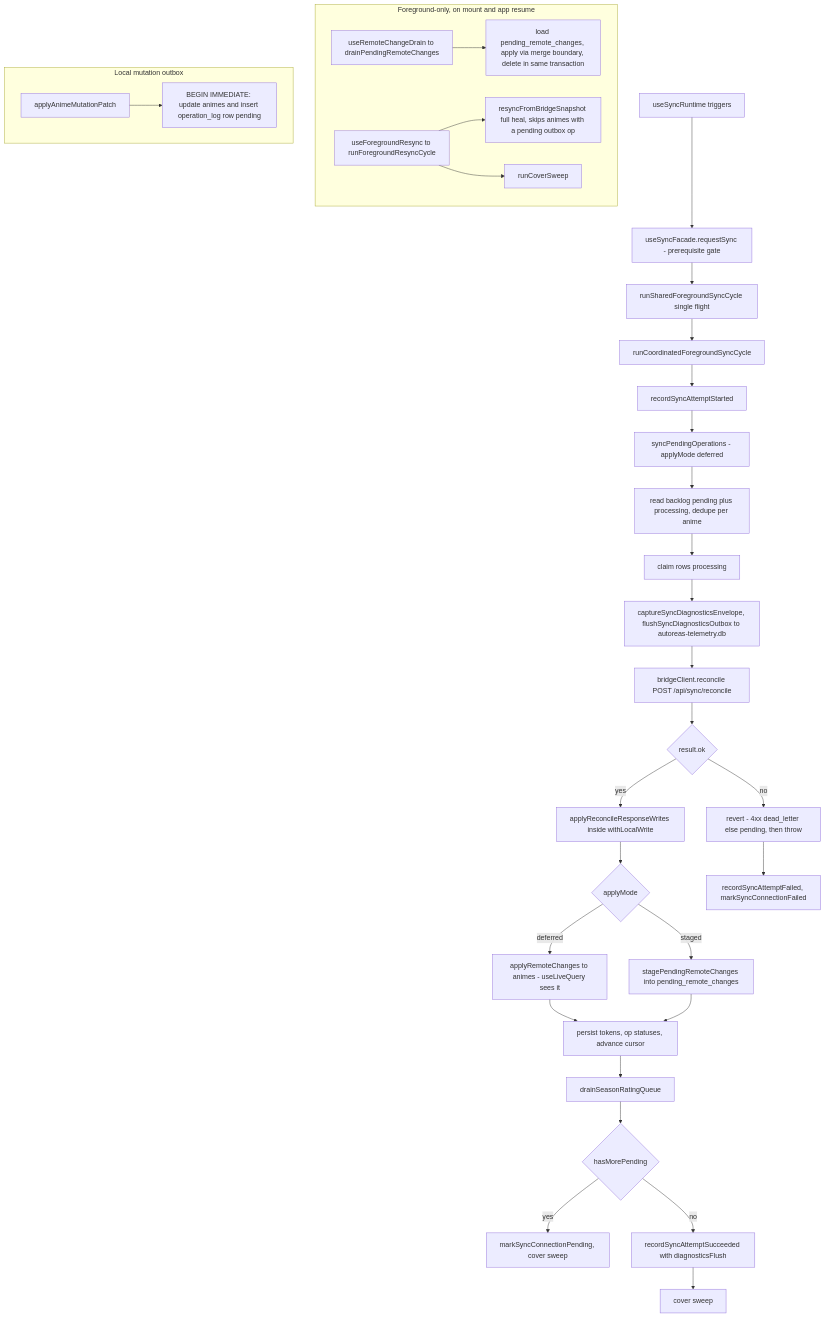
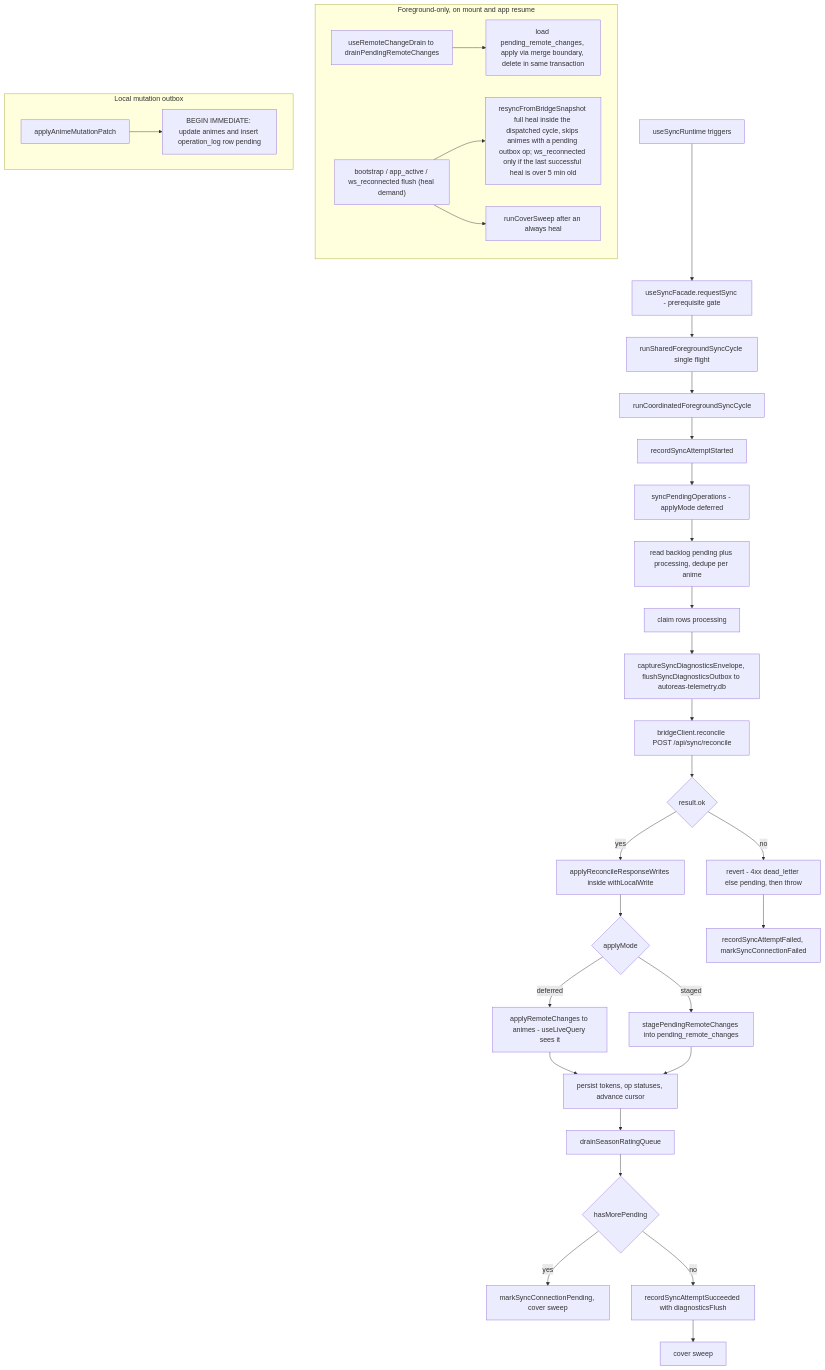
The fifth of 5 diagrams in docs/mobile-sync-engine-workflow.md (Disble/autoreas-mobile), drawn with Mermaid before and after one commit. The commit also changed 27 other files, not shown here.

````diff
--- a/docs/mobile-sync-engine-workflow.md
+++ b/docs/mobile-sync-engine-workflow.md
@@ -338,34 +338,34 @@
 ```mermaid
 flowchart TD
   A["useSyncRuntime triggers"] --> B["useSyncFacade.requestSync - prerequisite gate"]
   B --> C["runSharedForegroundSyncCycle single flight"]
   C --> D["runCoordinatedForegroundSyncCycle"]
   D --> D1["recordSyncAttemptStarted"]
   D1 --> E["syncPendingOperations - applyMode deferred"]
   E --> E1["read backlog pending plus processing, dedupe per anime"]
   E1 --> E2["claim rows processing"]
   E2 --> E3["captureSyncDiagnosticsEnvelope, flushSyncDiagnosticsOutbox to autoreas-telemetry.db"]
   E3 --> E4["bridgeClient.reconcile POST /api/sync/reconcile"]
   E4 --> E5{"result.ok"}
   E5 -->|no| E6["revert - 4xx dead_letter else pending, then throw"]
   E5 -->|yes| F["applyReconcileResponseWrites inside withLocalWrite"]
   F --> F1{"applyMode"}
   F1 -->|deferred| F2["applyRemoteChanges to animes - useLiveQuery sees it"]
   F1 -->|staged| F3["stagePendingRemoteChanges into pending_remote_changes"]
   F2 --> F4["persist tokens, op statuses, advance cursor"]
   F3 --> F4
   F4 --> G["drainSeasonRatingQueue"]
   G --> H{"hasMorePending"}
   H -->|yes| H1["markSyncConnectionPending, cover sweep"]
   H -->|no| I["recordSyncAttemptSucceeded with diagnosticsFlush"]
   I --> J["cover sweep"]
   E6 --> K["recordSyncAttemptFailed, markSyncConnectionFailed"]
   subgraph FG["Foreground-only, on mount and app resume"]
     R1["useRemoteChangeDrain to drainPendingRemoteChanges"] --> R2["load pending_remote_changes, apply via merge boundary, delete in same transaction"]
-    R3["useForegroundResync to runForegroundResyncCycle"] --> R4["resyncFromBridgeSnapshot full heal, skips animes with a pending outbox op"]
-    R3 --> R5["runCoverSweep"]
+    R3["bootstrap / app_active / ws_reconnected flush (heal demand)"] --> R4["resyncFromBridgeSnapshot full heal inside the dispatched cycle, skips animes with a pending outbox op; ws_reconnected only if the last successful heal is over 5 min old"]
+    R3 --> R5["runCoverSweep after an always heal"]
   end
   subgraph OUT["Local mutation outbox"]
     O1["applyAnimeMutationPatch"] --> O2["BEGIN IMMEDIATE: update animes and insert operation_log row pending"]
   end
 ```
````
